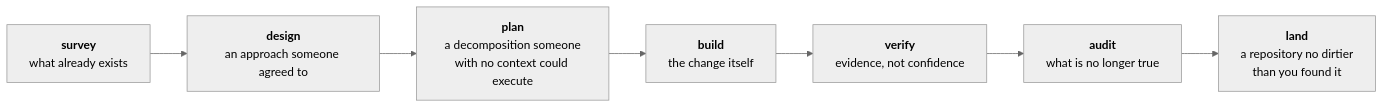
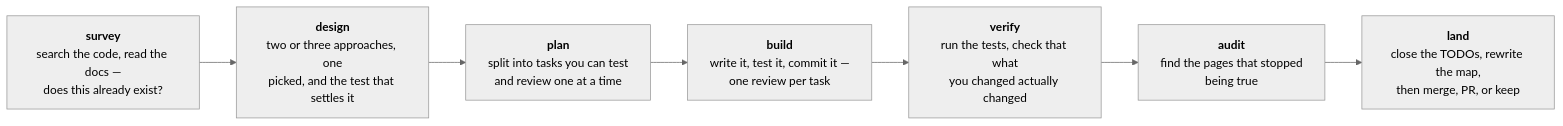
Before and after one commit to FanFantom9452/FanKeel: the first of 2 diagrams in README.md, drawn with Mermaid (neutral theme). The commit also changed other lines of this file, not shown here.

Commit message:
docs: say what each stage has you do, not only what it is graded on
The seven subtitles on the front page were the `produces` field from
lib/stages.js, which answers "what is this stage judged against" — a real
question, and not the one somebody reading the front page for the first time is
asking. They want to know what happens: whether `survey` means reading or
writing, whether `verify` is a person or a command.

So the diagram now carries the activity — search the code, run the tests, close
the TODOs — and the products stay where they were already tabulated, one link
away. Nothing in lib/stages.js changed; `produces` is still what the stage is
graded on, and the two pages now answer two different questions instead of the
same one twice.

`land` says merge, PR, or keep, because it offers three and waits. Saying it
merges would describe one third of the stage as the whole of it.

````diff
--- a/README.md
+++ b/README.md
@@ -54,12 +55,12 @@
 ```mermaid
 flowchart LR
-    S["<b>survey</b><br/>what already exists"]
-    D["<b>design</b><br/>an approach someone agreed to"]
-    P["<b>plan</b><br/>a decomposition someone<br/>with no context could execute"]
-    B["<b>build</b><br/>the change itself"]
-    V["<b>verify</b><br/>evidence, not confidence"]
-    A["<b>audit</b><br/>what is no longer true"]
-    L["<b>land</b><br/>a repository no dirtier<br/>than you found it"]
+    S["<b>survey</b><br/>search the code, read the docs —<br/>does this already exist?"]
+    D["<b>design</b><br/>two or three approaches, one<br/>picked, and the test that settles it"]
+    P["<b>plan</b><br/>split into tasks you can test<br/>and review one at a time"]
+    B["<b>build</b><br/>write it, test it, commit it —<br/>one review per task"]
+    V["<b>verify</b><br/>run the tests, check that what<br/>you changed actually changed"]
+    A["<b>audit</b><br/>find the pages that stopped<br/>being true"]
+    L["<b>land</b><br/>close the TODOs, rewrite the map,<br/>then merge, PR, or keep"]
 
     S --> D --> P --> B --> V --> A --> L
 ```
````
